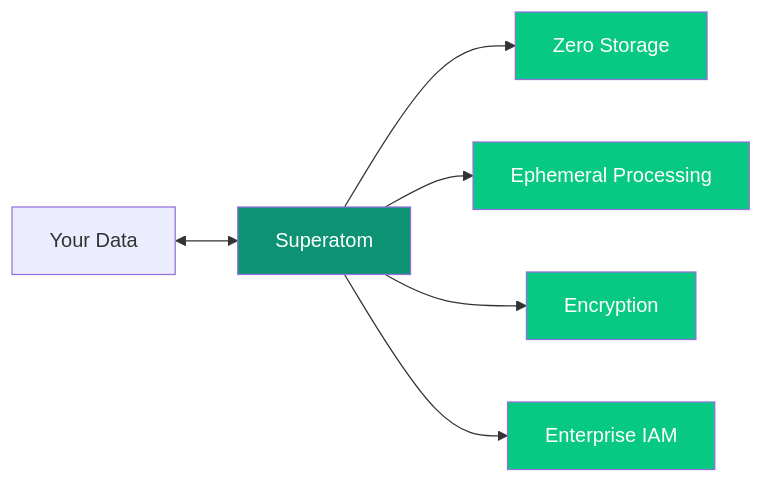
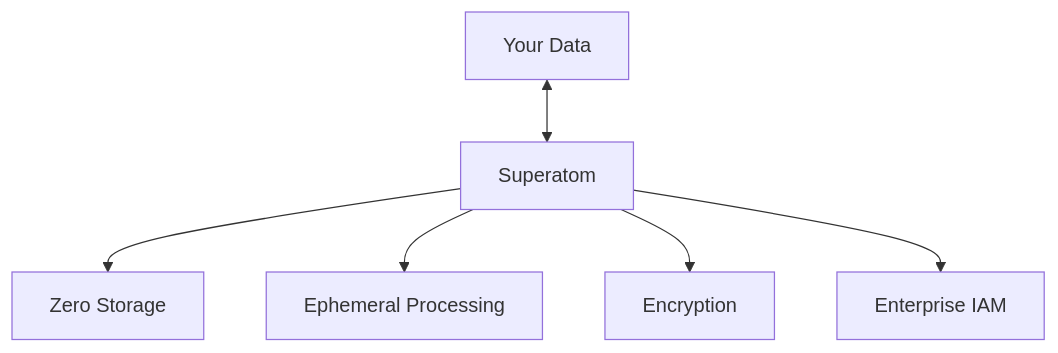
One commit to ashishsuperatom/tech-docs changed the eighth of 9 diagrams in introduction/problems.mdx. Above: the diagram before and after it, drawn with Mermaid. The commit also changed other lines of this file and 37 other files, not shown here.

First line of the commit message:
Clean up docs: remove em-dashes, fix mermaid diagrams, remove emojis

````diff
--- a/introduction/problems.mdx
+++ b/introduction/problems.mdx
@@ -376,12 +358,7 @@
 ```mermaid
-flowchart LR
+flowchart TD
     DATA["Your Data"] <--> SA["Superatom"]
 
     SA --> S1["Zero Storage"] & S2["Ephemeral Processing"] & S3["Encryption"] & S4["Enterprise IAM"]
 
-    style SA fill:#0D9373,color:#fff
-    style S1 fill:#07C983,color:#fff
-    style S2 fill:#07C983,color:#fff
-    style S3 fill:#07C983,color:#fff
-    style S4 fill:#07C983,color:#fff
 ```
````
